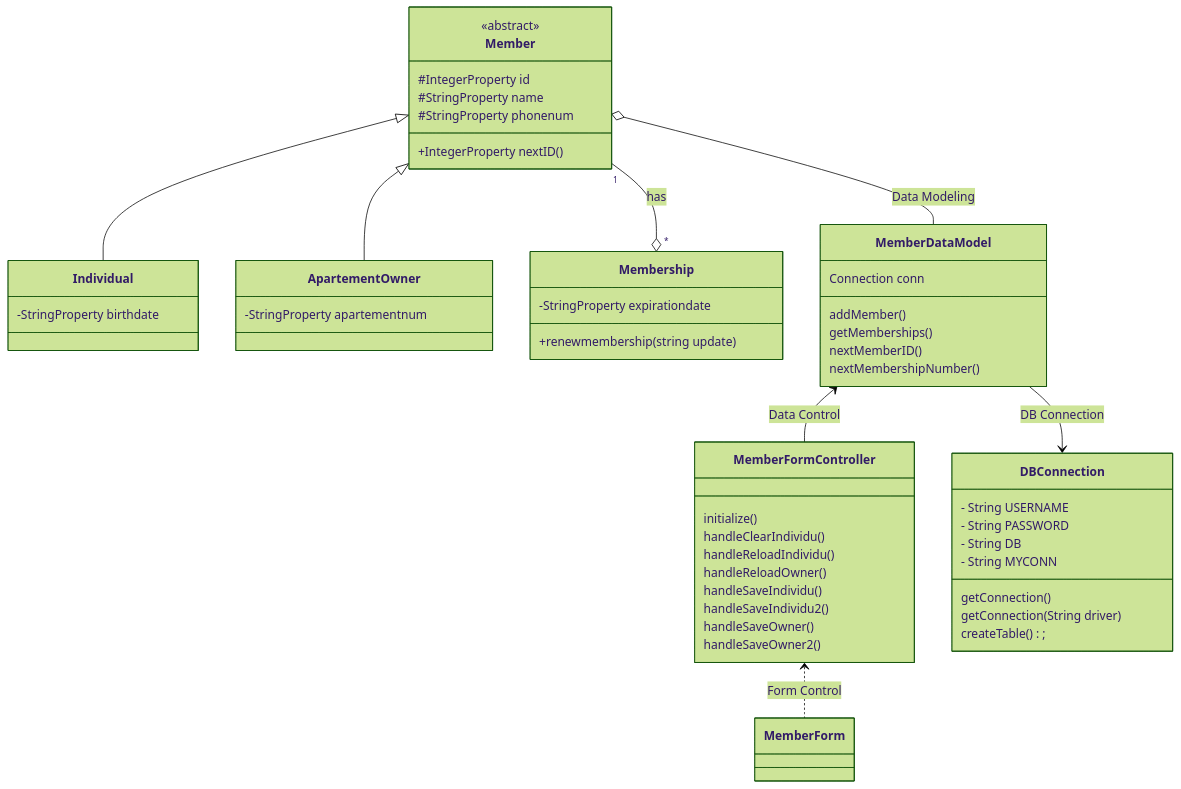
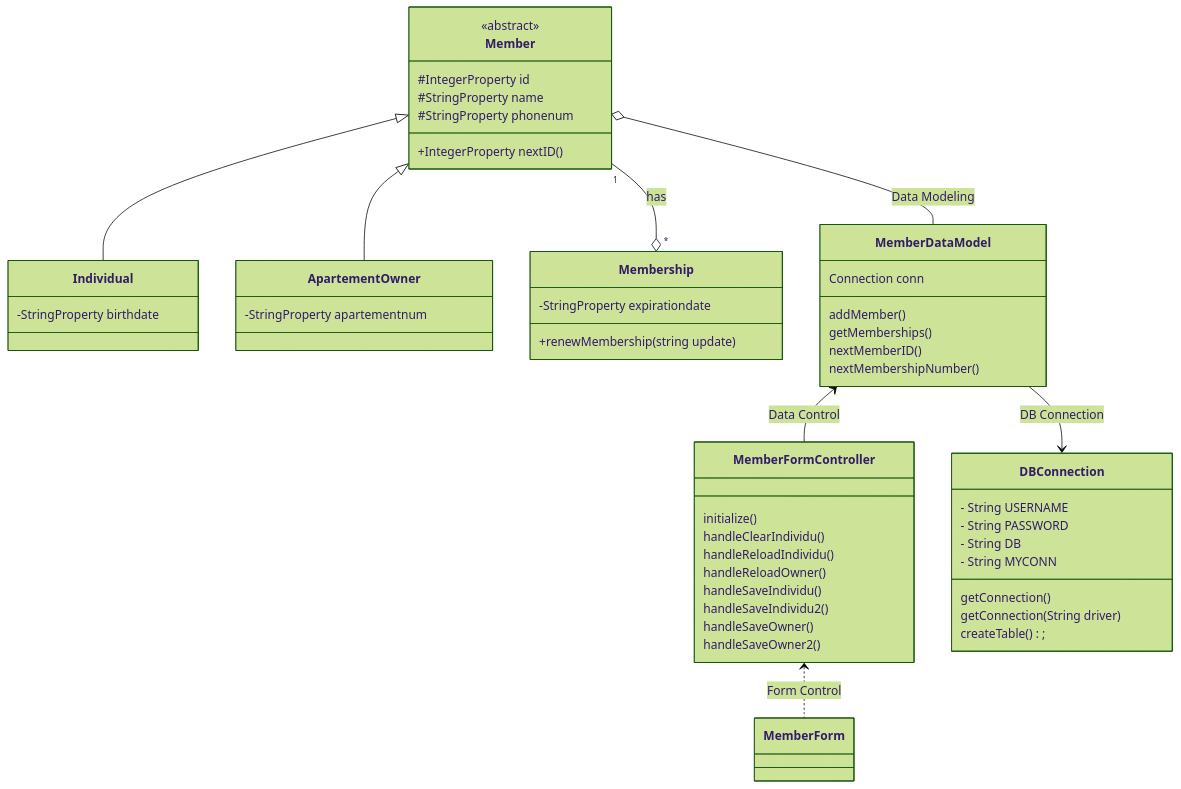
The third of 3 diagrams in README.md (deana00/MemberAccountApp), drawn with Mermaid (forest theme) before and after one commit.

````diff
--- a/README.md
+++ b/README.md
@@ -48,60 +48,60 @@
 ```mermaid
 classDiagram
     Member <|-- Individual
     Member <|-- ApartementOwner
     Member "1"--o"*" Membership : has
     Member o-- MemberDataModel : Data Modeling
     MemberDataModel <-- MemberFormController : Data Control
     MemberDataModel --> DBConnection : DB Connection
     MemberFormController <.. MemberForm : Form Control      
 
     class Member{
       <<abstract>>
       #IntegerProperty id
       #StringProperty name
       #StringProperty phonenum
       
       +IntegerProperty nextID()
     }
     
     class Individual{
       -StringProperty birthdate
     }
     class ApartementOwner{
       -StringProperty apartementnum
     }
     class Membership{
       -StringProperty expirationdate
-      +renewmembership(string update)
+      +renewMembership(string update)
     }
 
     class MemberDataModel{
         Connection conn
         addMember()
         getMemberships()
         nextMemberID()
         nextMembershipNumber()
     }
 
     class MemberFormController{
         initialize()
         handleClearIndividu()
         handleReloadIndividu()
         handleReloadOwner()
         handleSaveIndividu()
         handleSaveIndividu2()
         handleSaveOwner()
         handleSaveOwner2()
 
     }
     class DBConnection{
         - String USERNAME
         - String PASSWORD
         - String DB
         - String MYCONN
         getConnection()
         getConnection(String driver)
         createTable();
     }
             
 ```
````
